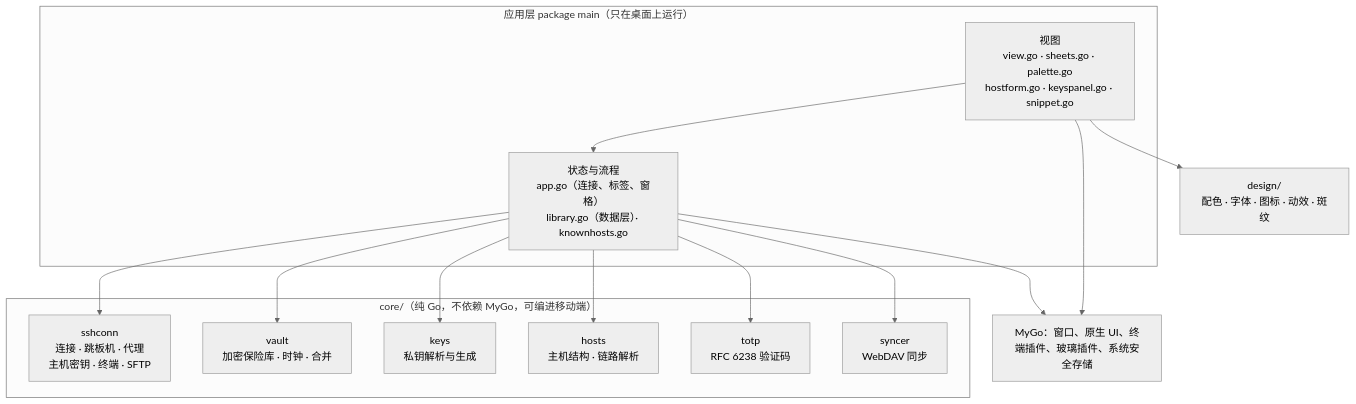
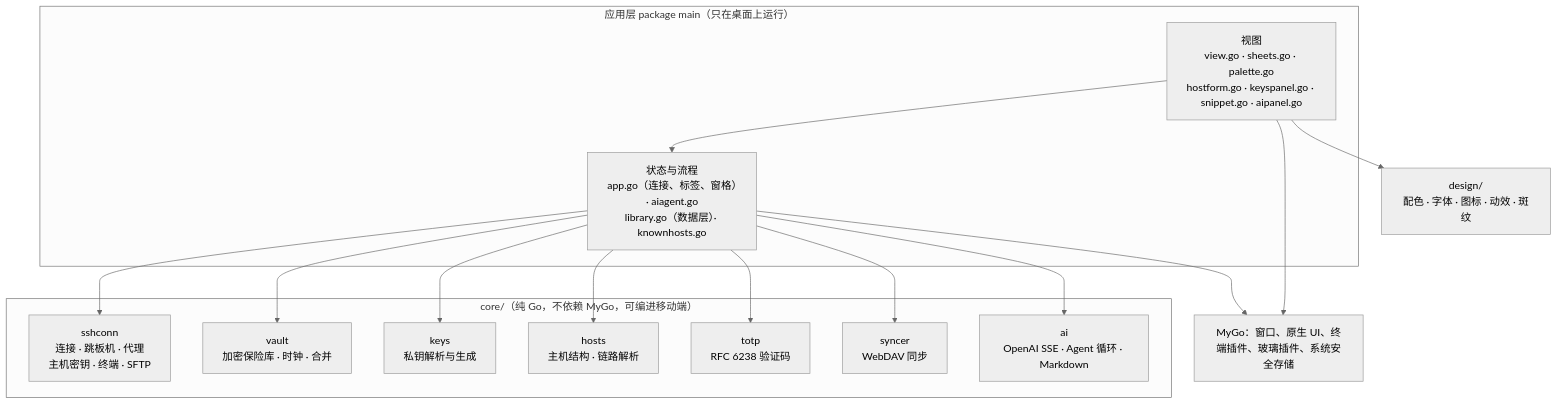
Before and after one commit to jhzhang09/serval: the first of 2 diagrams in docs/architecture.md, drawn with Mermaid (neutral theme). The commit also changed other lines of this file and 3 other files, not shown here.

First line of the commit message:
docs: 更新 AI Agent 路线图、架构文档与 README

````diff
--- a/docs/architecture.md
+++ b/docs/architecture.md
@@ -7,22 +7,23 @@
 ```mermaid
 flowchart TB
     subgraph app["应用层 package main（只在桌面上运行）"]
-        view["视图<br/>view.go · sheets.go · palette.go<br/>hostform.go · keyspanel.go · snippet.go"]
-        state["状态与流程<br/>app.go（连接、标签、窗格）<br/>library.go（数据层）· knownhosts.go"]
+        view["视图<br/>view.go · sheets.go · palette.go<br/>hostform.go · keyspanel.go · snippet.go · aipanel.go"]
+        state["状态与流程<br/>app.go（连接、标签、窗格）· aiagent.go<br/>library.go（数据层）· knownhosts.go"]
     end
     design["design/<br/>配色 · 字体 · 图标 · 动效 · 斑纹"]
     subgraph core["core/（纯 Go，不依赖 MyGo，可编进移动端）"]
         sshconn["sshconn<br/>连接 · 跳板机 · 代理<br/>主机密钥 · 终端 · SFTP"]
         vault["vault<br/>加密保险库 · 时钟 · 合并"]
         keys["keys<br/>私钥解析与生成"]
         hosts["hosts<br/>主机结构 · 链路解析"]
         totp["totp<br/>RFC 6238 验证码"]
         syncer["syncer<br/>WebDAV 同步"]
+        ai["ai<br/>OpenAI SSE · Agent 循环 · Markdown"]
     end
     mygo["MyGo：窗口、原生 UI、终端插件、玻璃插件、系统安全存储"]
     view --> state
     view --> design
-    state --> sshconn & vault & keys & hosts & totp & syncer
+    state --> sshconn & vault & keys & hosts & totp & syncer & ai
     view --> mygo
     state --> mygo
 ```
````
